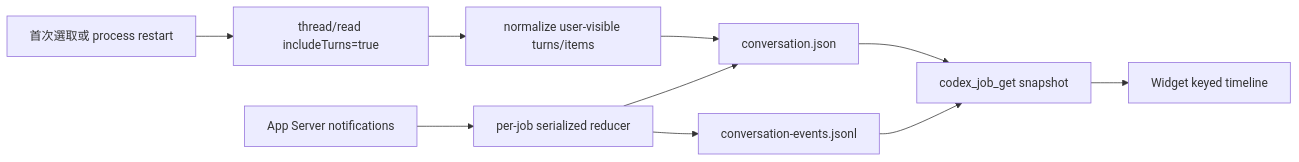
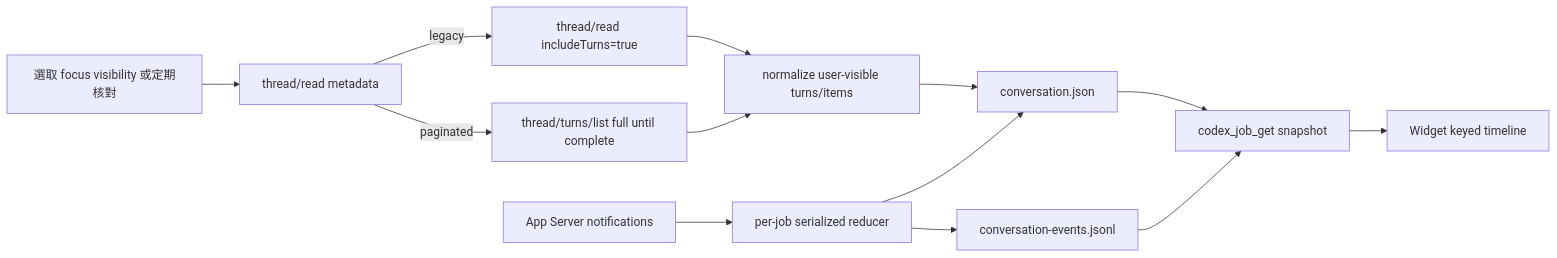
One commit to lulu930128/GPT_MCPtool changed the diagram in codex_bridge/docs/ConversationModel.md. Above: the diagram before and after it, drawn with Mermaid. The commit also changed other lines of this file and 24 other files, not shown here.

````diff
--- a/codex_bridge/docs/ConversationModel.md
+++ b/codex_bridge/docs/ConversationModel.md
@@ -43,12 +60,15 @@
 ```mermaid
 flowchart LR
-    A[首次選取或 process restart] --> B[thread/read includeTurns=true]
-    B --> C[normalize user-visible turns/items]
+    A[選取 focus visibility 或定期核對] --> B[thread/read metadata]
+    B -->|legacy| C1[thread/read includeTurns=true]
+    B -->|paginated| C2[thread/turns/list full until complete]
+    C1 --> C[normalize user-visible turns/items]
+    C2 --> C
     C --> D[conversation.json]
     E[App Server notifications] --> F[per-job serialized reducer]
     F --> D
     F --> G[conversation-events.jsonl]
     D --> H[codex_job_get snapshot]
     G --> H
     H --> I[Widget keyed timeline]
 ```
````
